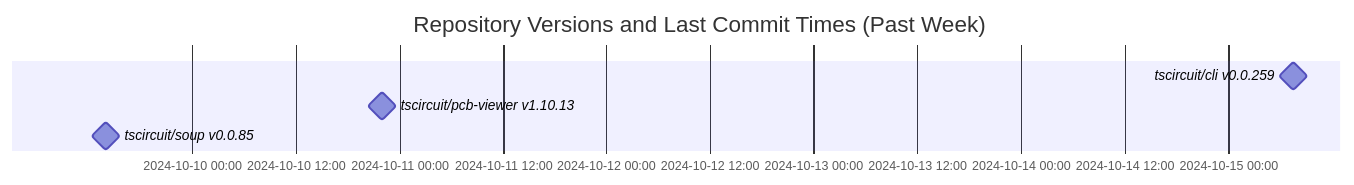
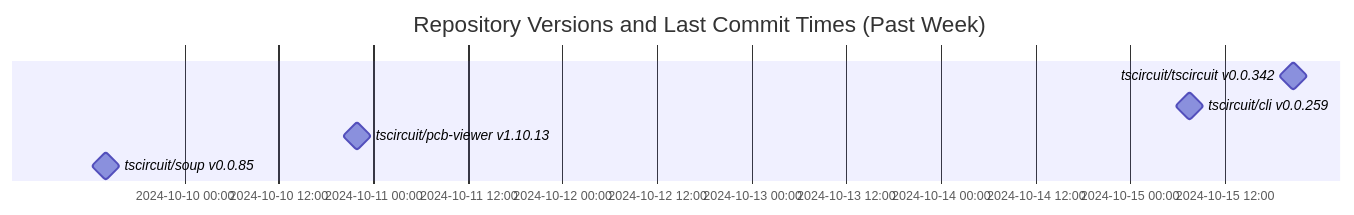
Before and after one commit to tscircuit/version-tracker: the diagram in README.md, drawn with Mermaid.

Commit message:
Update chart

````diff
--- a/README.md
+++ b/README.md
@@ -1,10 +1,11 @@
 ```mermaid
 gantt
   dateFormat  YYYY-MM-DD HH:mm:ss
   title Repository Versions and Last Commit Times (Past Week)
   axisFormat %Y-%m-%d %H:%M
 
+  tscircuit/tscircuit v0.0.342 : milestone, 2024-10-15 20:42:57, 1s
   tscircuit/cli v0.0.259 : milestone, 2024-10-15 07:30:31, 1s
   tscircuit/pcb-viewer v1.10.13 : milestone, 2024-10-10 21:59:08, 1s
   tscircuit/soup v0.0.85 : milestone, 2024-10-09 14:03:06, 1s
 ```
````
